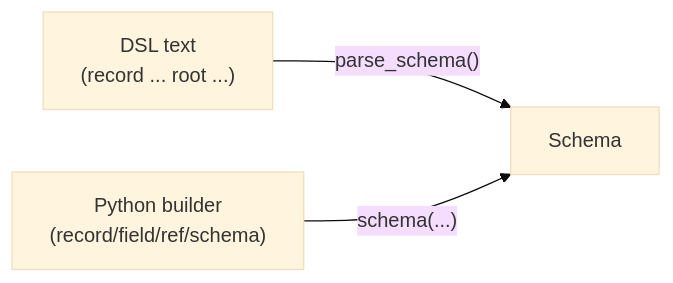
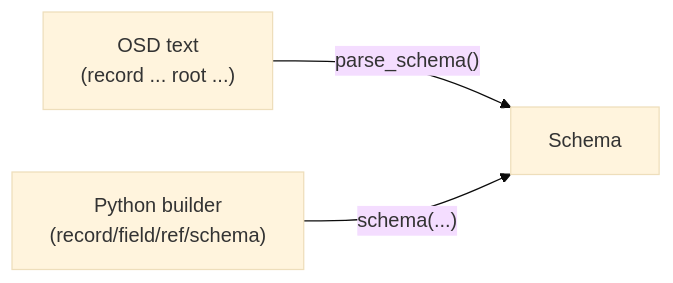
One commit to tomlee/schema-automaton changed the second of 2 diagrams in docs/schema.md. Above: the diagram before and after it, drawn with Mermaid (base theme). The commit also changed other lines of this file and 17 other files, not shown here.

First line of the commit message:
docs: rename schema DSL to OSD (Omnist Schema Definition); add CLI spec

````diff
--- a/docs/schema.md
+++ b/docs/schema.md
@@ -97,5 +98,5 @@
 ```mermaid
 flowchart LR
-    dsl["DSL text\n(record ... root ...)"] -->|"parse_schema()"| s["Schema"]
+    dsl["OSD text\n(record ... root ...)"] -->|"parse_schema()"| s["Schema"]
     builder["Python builder\n(record/field/ref/schema)"] -->|"schema(...)"| s
 ```
````
